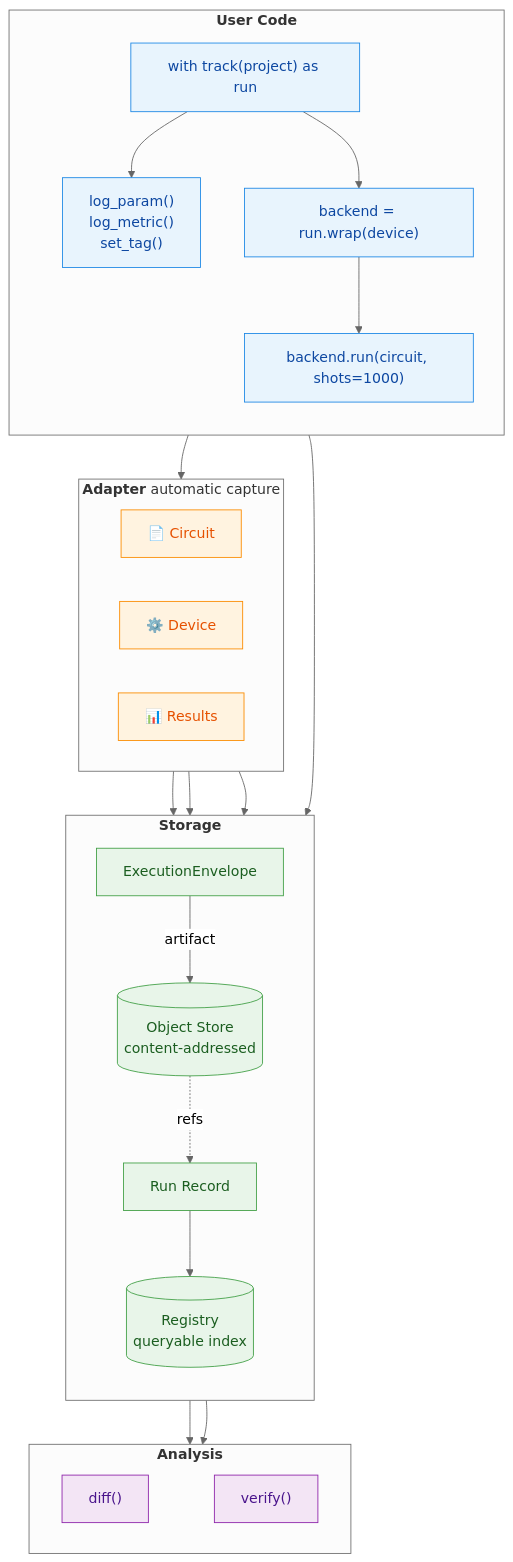
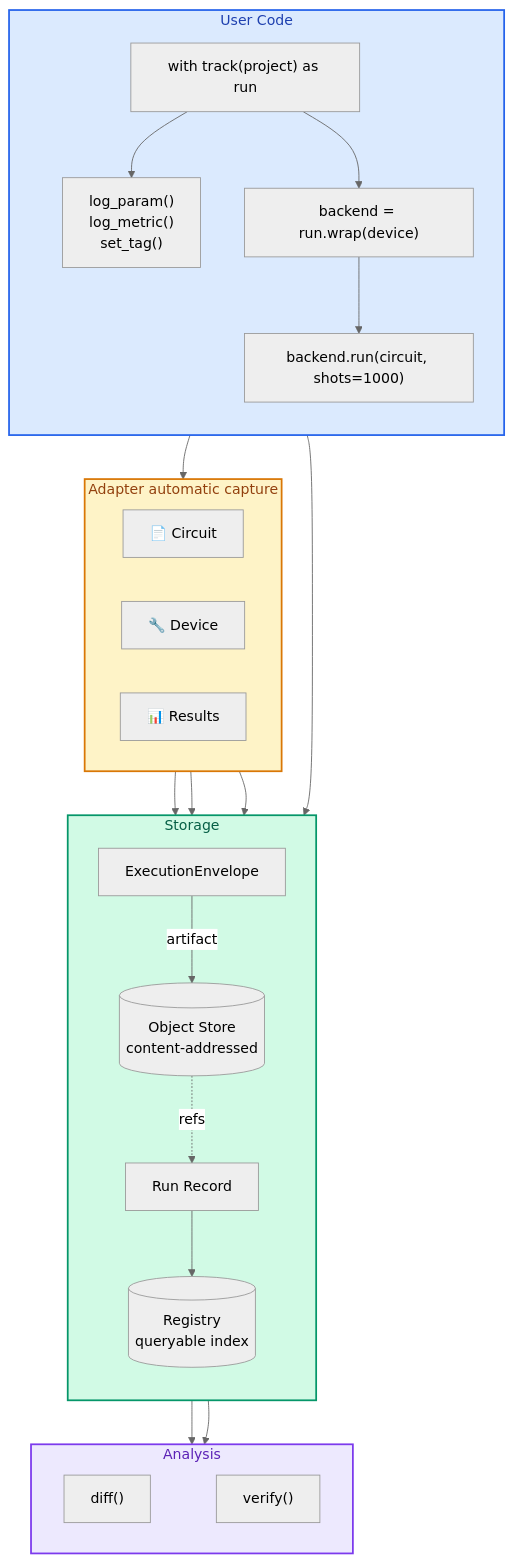
The first of 2 diagrams in docs/concepts/overview.md (devqubit-labs/devqubit), drawn with Mermaid (neutral theme) before and after one commit. The commit also changed other lines of this file and 1 other file, not shown here.

Commit message:
docs: minor adjustments

````diff
--- a/docs/concepts/overview.md
+++ b/docs/concepts/overview.md
@@ -19,56 +19,51 @@
 ```mermaid
 flowchart TB
-  subgraph USER["<b>User Code</b>"]
+  subgraph USER["User Code"]
     direction TB
     TRACK["with track(project) as run"]
     LOG["log_param()<br/>log_metric()<br/>set_tag()"]
     WRAP["backend = run.wrap(device)"]
     EXEC["backend.run(circuit, shots=1000)"]
     TRACK --> LOG
     TRACK --> WRAP
     WRAP --> EXEC
   end
 
-  subgraph CAPTURE["<b>Adapter</b> automatic capture"]
+  subgraph CAPTURE["Adapter automatic capture"]
     direction LR
     CAP_PRG["📄 Circuit"]
-    CAP_DEV["⚙️ Device"]
+    CAP_DEV["🔧 Device"]
     CAP_RES["📊 Results"]
   end
 
-  subgraph PERSIST["<b>Storage</b>"]
+  subgraph PERSIST["Storage"]
     direction TB
     ENV["ExecutionEnvelope"]
     RR["Run Record"]
     STORE[("Object Store<br/>content-addressed")]
     REG[("Registry<br/>queryable index")]
     ENV -->|artifact| STORE
     RR --> REG
     STORE -.->|refs| RR
   end
 
-  subgraph TOOLS["<b>Analysis</b>"]
+  subgraph TOOLS["Analysis"]
     direction LR
     DIFF["diff()"]
     VERIFY["verify()"]
     DIFF ~~~ VERIFY
   end
 
   EXEC --> CAPTURE
   CAP_PRG --> ENV
   CAP_DEV --> ENV
   CAP_RES --> ENV
   LOG --> RR
   REG --> TOOLS
   STORE --> TOOLS
 
-  classDef userNode fill:#e8f4fd,stroke:#1e88e5,color:#0d47a1
-  classDef captureNode fill:#fff3e0,stroke:#fb8c00,color:#e65100
-  classDef storageNode fill:#e8f5e9,stroke:#43a047,color:#1b5e20
-  classDef toolNode fill:#f3e5f5,stroke:#8e24aa,color:#4a148c
-
-  class TRACK,LOG,WRAP,EXEC userNode
-  class CAP_PRG,CAP_DEV,CAP_RES captureNode
-  class ENV,RR,STORE,REG storageNode
-  class DIFF,VERIFY toolNode
+  style USER fill:#dbeafe,stroke:#2563eb,stroke-width:2px,color:#1e40af
+  style CAPTURE fill:#fef3c7,stroke:#d97706,stroke-width:2px,color:#92400e
+  style PERSIST fill:#d1fae5,stroke:#059669,stroke-width:2px,color:#065f46
+  style TOOLS fill:#ede9fe,stroke:#7c3aed,stroke-width:2px,color:#5b21b6
 ```
````
